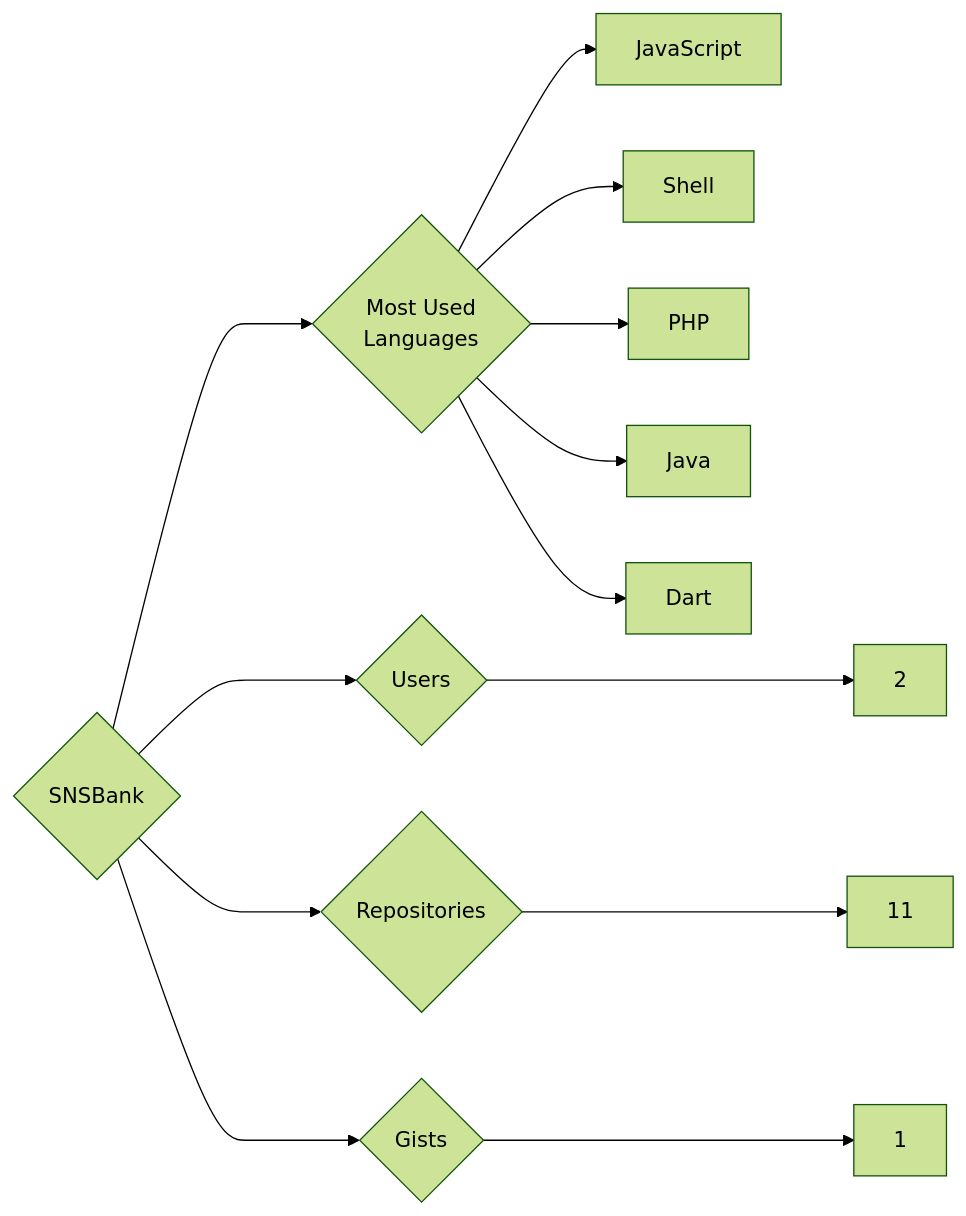
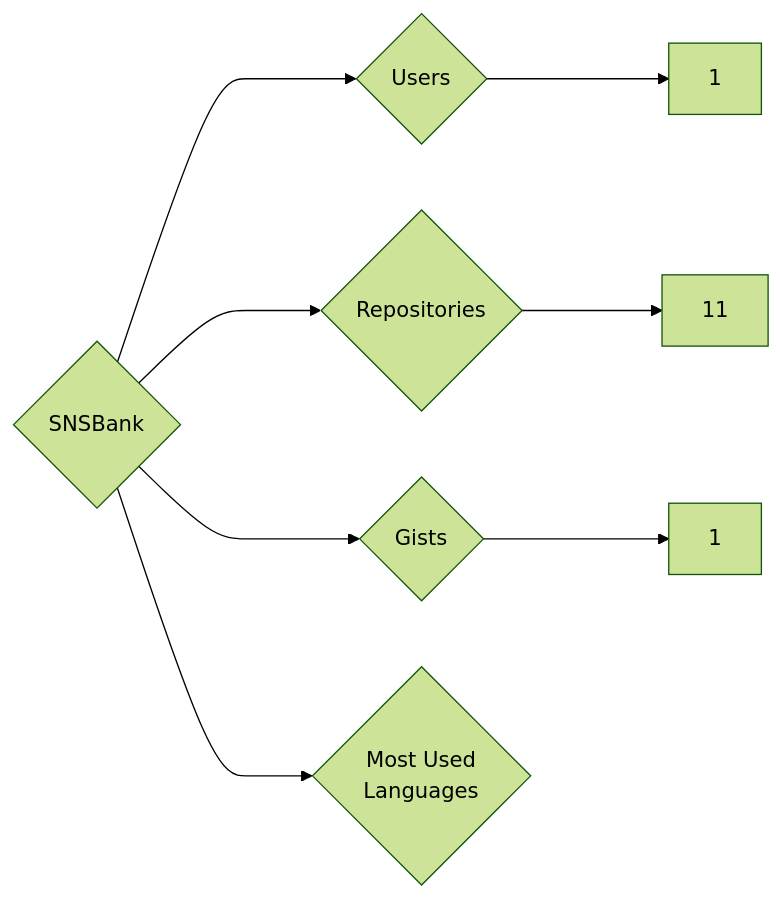
One commit to trickest/insiders changed the diagram in targets/SNSBank/README.md. Above: the diagram before and after it, drawn with Mermaid (forest theme). The commit also changed 1389 other files, not shown here.

````diff
--- a/targets/SNSBank/README.md
+++ b/targets/SNSBank/README.md
@@ -3,13 +3,8 @@
 ```mermaid
 graph LR
 COMPANY_NAME{SNSBank}
-COMPANY_NAME ---> U{Users} ---> UN[2]
+COMPANY_NAME ---> U{Users} ---> UN[1]
 COMPANY_NAME ---> R{Repositories} ---> RN[11]
 COMPANY_NAME ---> G{Gists} ---> GN[1]
 COMPANY_NAME ---> ML{Most Used<br>Languages}
-ML --> JavaScript[JavaScript]
-ML --> Shell[Shell]
-ML --> PHP[PHP]
-ML --> Java[Java]
-ML --> Dart[Dart]
 ```
````
